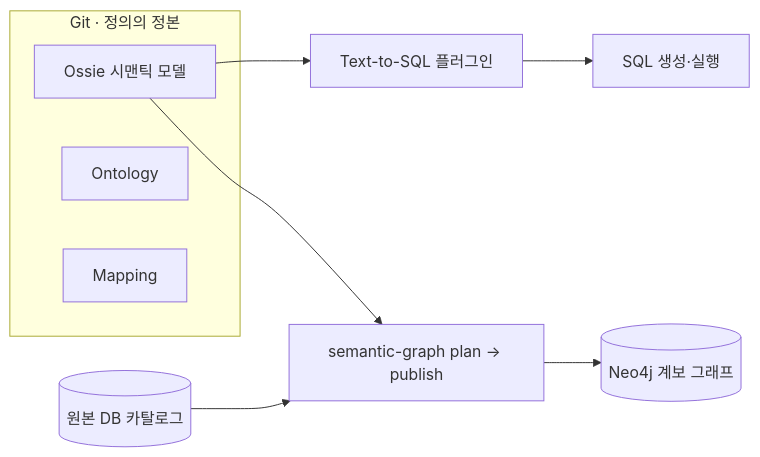
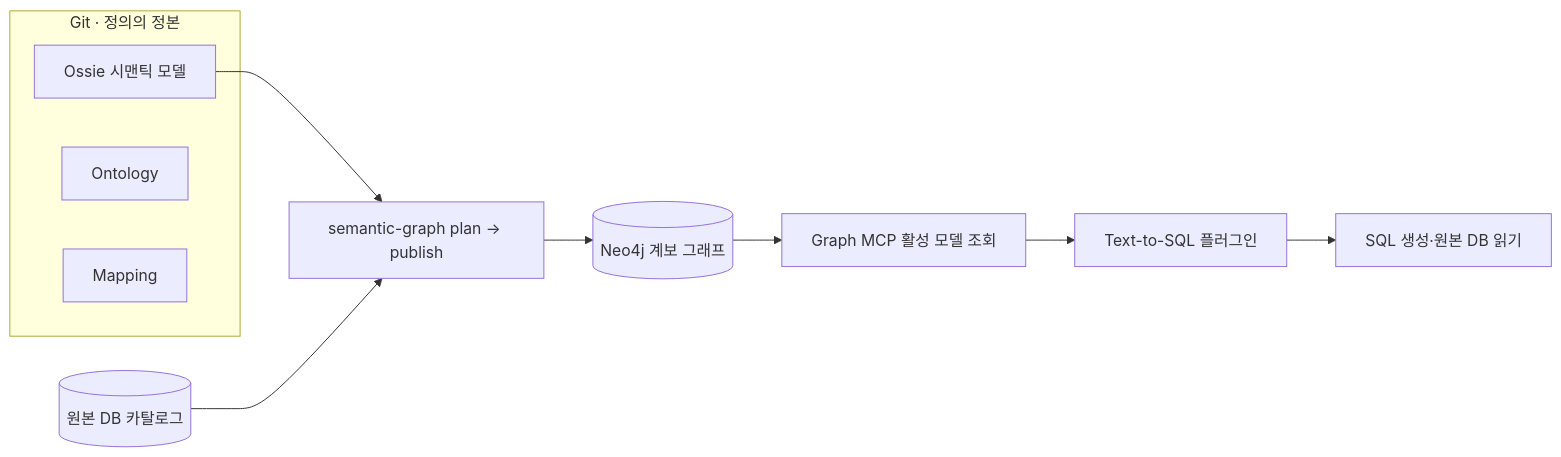
The diagram in README.md (zisu17/semantic-definitions), drawn with Mermaid before and after one commit. The commit also changed other lines of this file and 2 other files, not shown here.

Commit message:
docs: align semantic model guides with Graph MCP

````diff
--- a/README.md
+++ b/README.md
@@ -13,13 +21,14 @@
 ```mermaid
 flowchart LR
     subgraph Git[Git · 정의의 정본]
         O[Ossie 시맨틱 모델]
         N[Ontology]
         M[Mapping]
     end
-    O --> P[Text-to-SQL 플러그인]
-    P --> SQL[SQL 생성·실행]
     O --> B[semantic-graph plan → publish]
     DB[(원본 DB 카탈로그)] --> B
     B --> G[(Neo4j 계보 그래프)]
+    G --> MCP[Graph MCP 활성 모델 조회]
+    MCP --> P[Text-to-SQL 플러그인]
+    P --> SQL[SQL 생성·원본 DB 읽기]
 ```
````
